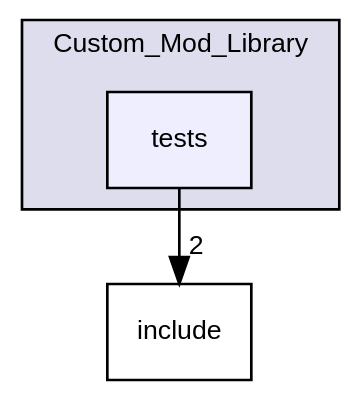
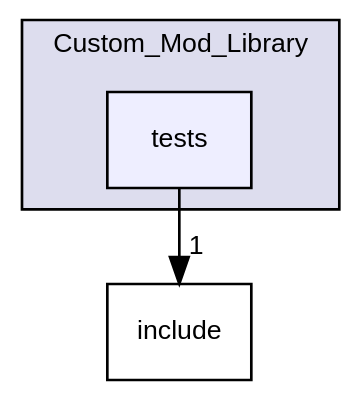
The diagram in dir_812f6d6e07ea60e21fdef9b4c803a47a_dep.dot (ejagombar/2021_Group_3), drawn with Graphviz before and after one commit. The commit also changed 61 other files, not shown here.

```diff
--- a/dir_812f6d6e07ea60e21fdef9b4c803a47a_dep.dot
+++ b/dir_812f6d6e07ea60e21fdef9b4c803a47a_dep.dot
@@ -1,12 +1,12 @@
 digraph "/home/runner/work/2021_Group_3/2021_Group_3/Custom_Mod_Library/tests" {
   bgcolor=transparent;
   compound=true
   node [ fontsize="10", fontname="Helvetica"];
   edge [ labelfontsize="10", labelfontname="Helvetica"];
   subgraph clusterdir_3d791e5d7456dbf61f6d7b678dfd72f4 {
     graph [ bgcolor="#ddddee", pencolor="black", label="Custom_Mod_Library" fontname="Helvetica", fontsize="10", URL="dir_3d791e5d7456dbf61f6d7b678dfd72f4.html"]
   dir_812f6d6e07ea60e21fdef9b4c803a47a [shape=box, label="tests", style="filled", fillcolor="#eeeeff", pencolor="black", URL="dir_812f6d6e07ea60e21fdef9b4c803a47a.html"];
   }
   dir_f5c7eabd21a874ae9d109060d168a55c [shape=box label="include" URL="dir_f5c7eabd21a874ae9d109060d168a55c.html"];
-  dir_812f6d6e07ea60e21fdef9b4c803a47a->dir_f5c7eabd21a874ae9d109060d168a55c [headlabel="2", labeldistance=1.5 headhref="dir_000003_000001.html"];
+  dir_812f6d6e07ea60e21fdef9b4c803a47a->dir_f5c7eabd21a874ae9d109060d168a55c [headlabel="1", labeldistance=1.5 headhref="dir_000003_000001.html"];
 }
```
